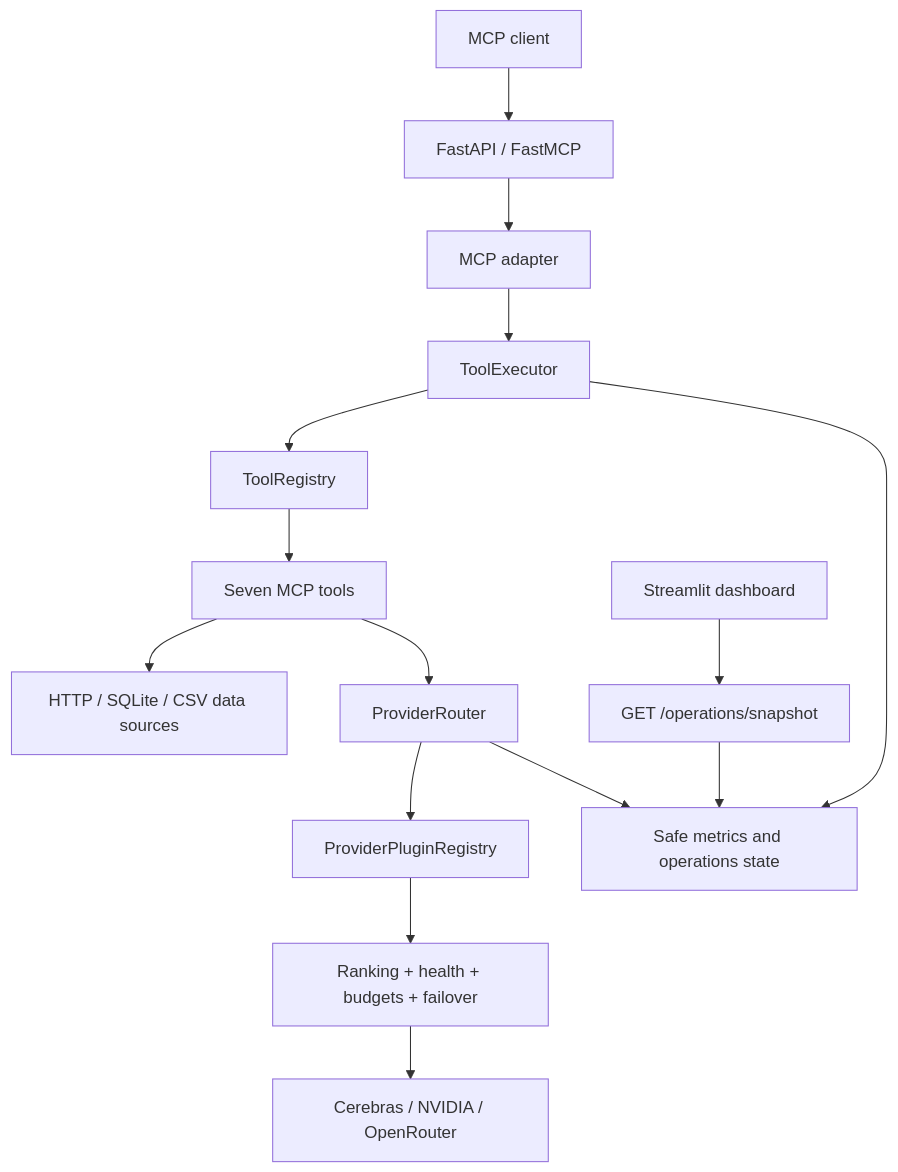
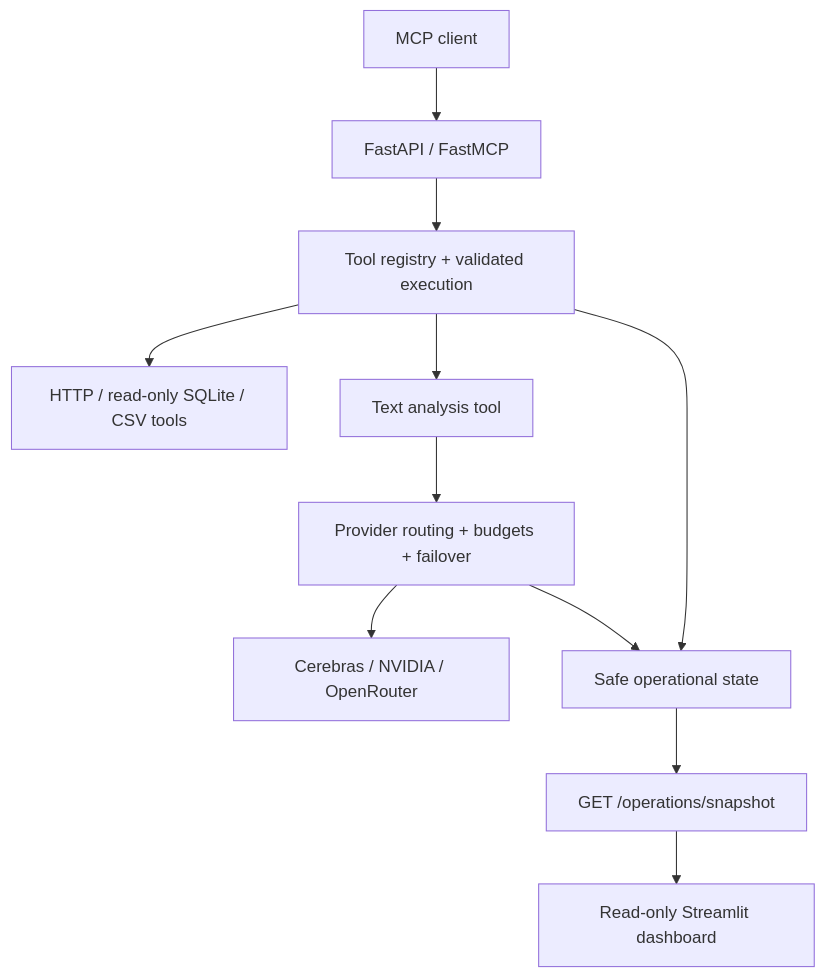
Before and after one commit to LeelaissakAttota/ToolBridge-MCP-Server: the diagram in README.md, drawn with Mermaid. The commit also changed other lines of this file, not shown here.

````diff
--- a/README.md
+++ b/README.md
@@ -29,19 +52,13 @@
 ```mermaid
-flowchart TB
+flowchart TD
     Client["MCP client"] --> API["FastAPI / FastMCP"]
-    API --> MCP["MCP adapter"]
-    MCP --> Executor["ToolExecutor"]
-    Executor --> Registry["ToolRegistry"]
-    Registry --> Tools["Seven MCP tools"]
-
-    Tools --> Data["HTTP / SQLite / CSV data sources"]
-    Tools --> Router["ProviderRouter"]
-    Router --> Plugins["ProviderPluginRegistry"]
-    Plugins --> Policy["Ranking + health + budgets + failover"]
-    Policy --> Providers["Cerebras / NVIDIA / OpenRouter"]
-
-    Executor --> Operations["Safe metrics and operations state"]
+    API --> Executor["Tool registry + validated execution"]
+    Executor --> Data["HTTP / read-only SQLite / CSV tools"]
+    Executor --> Analysis["Text analysis tool"]
+    Analysis --> Router["Provider routing + budgets + failover"]
+    Router --> Providers["Cerebras / NVIDIA / OpenRouter"]
+    Executor --> Operations["Safe operational state"]
     Router --> Operations
-    Dashboard["Streamlit dashboard"] --> Snapshot["GET /operations/snapshot"]
-    Snapshot --> Operations
+    Operations --> Snapshot["GET /operations/snapshot"]
+    Snapshot --> Dashboard["Read-only Streamlit dashboard"]
 ```
````
